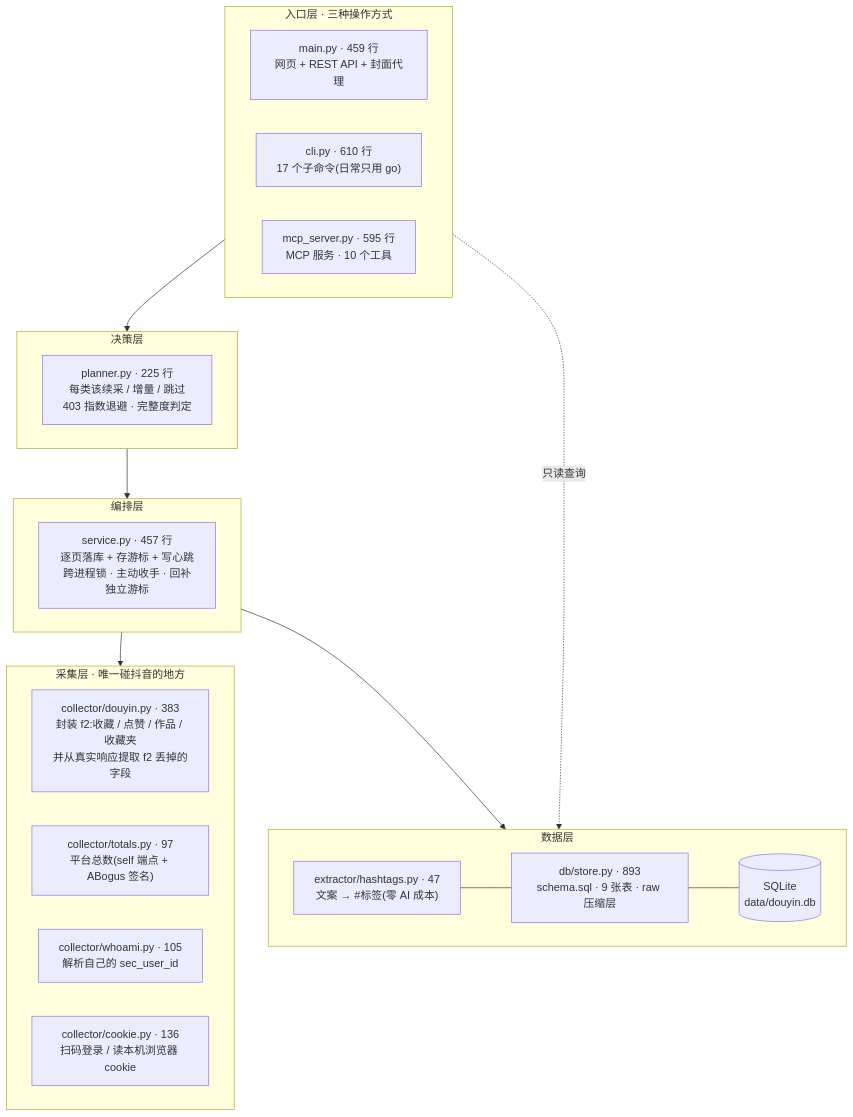
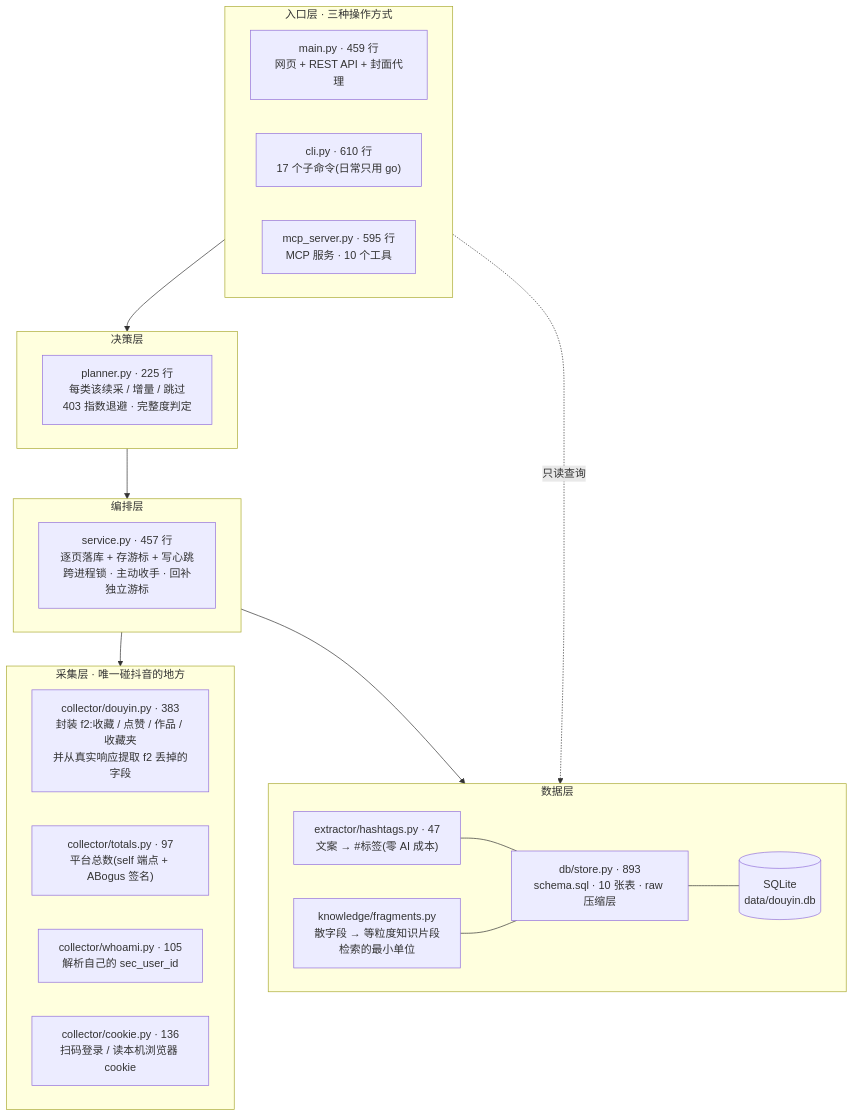
One commit to HansonY/myDY-DB changed the first of 3 diagrams in docs/ARCHITECTURE.md. Above: the diagram before and after it, drawn with Mermaid. The commit also changed other lines of this file and 7 other files, not shown here.

````diff
--- a/docs/ARCHITECTURE.md
+++ b/docs/ARCHITECTURE.md
@@ -26,35 +26,37 @@
 ```mermaid
 flowchart TB
     subgraph entry["入口层 · 三种操作方式"]
         web["main.py · 459 行<br/>网页 + REST API + 封面代理"]
         cli["cli.py · 610 行<br/>17 个子命令(日常只用 go)"]
         mcp["mcp_server.py · 595 行<br/>MCP 服务 · 10 个工具"]
     end
 
     subgraph brain["决策层"]
         planner["planner.py · 225 行<br/>每类该续采 / 增量 / 跳过<br/>403 指数退避 · 完整度判定"]
     end
 
     subgraph orch["编排层"]
         service["service.py · 457 行<br/>逐页落库 + 存游标 + 写心跳<br/>跨进程锁 · 主动收手 · 回补独立游标"]
     end
 
     subgraph fetch["采集层 · 唯一碰抖音的地方"]
         douyin["collector/douyin.py · 383<br/>封装 f2:收藏 / 点赞 / 作品 / 收藏夹<br/>并从真实响应提取 f2 丢掉的字段"]
         totals["collector/totals.py · 97<br/>平台总数(self 端点 + ABogus 签名)"]
         whoami["collector/whoami.py · 105<br/>解析自己的 sec_user_id"]
         cookie["collector/cookie.py · 136<br/>扫码登录 / 读本机浏览器 cookie"]
     end
 
     subgraph data["数据层"]
-        store["db/store.py · 893<br/>schema.sql · 9 张表 · raw 压缩层"]
+        store["db/store.py · 893<br/>schema.sql · 10 张表 · raw 压缩层"]
         tags["extractor/hashtags.py · 47<br/>文案 → #标签(零 AI 成本)"]
+        frag["knowledge/fragments.py<br/>散字段 → 等粒度知识片段<br/>检索的最小单位"]
         sqlite[("SQLite<br/>data/douyin.db")]
     end
 
     entry --> brain --> orch --> fetch
     orch --> data
     entry -.只读查询.-> data
     store --- sqlite
     tags --- store
+    frag --- store
 ```
````
